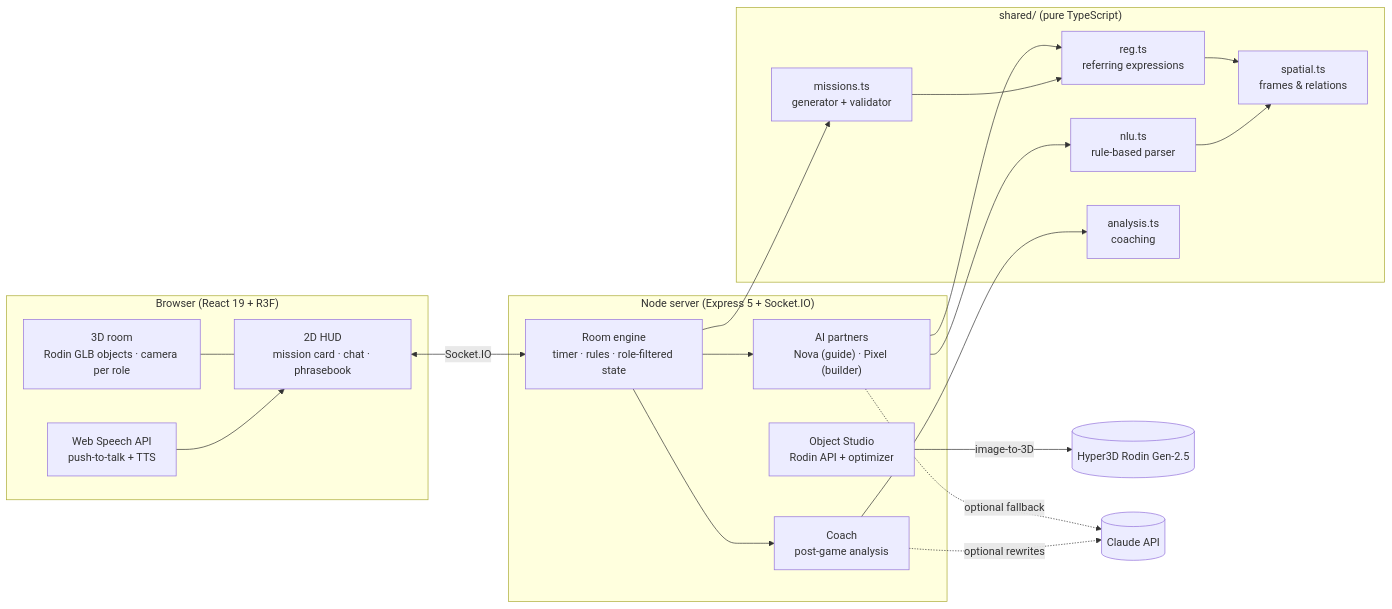
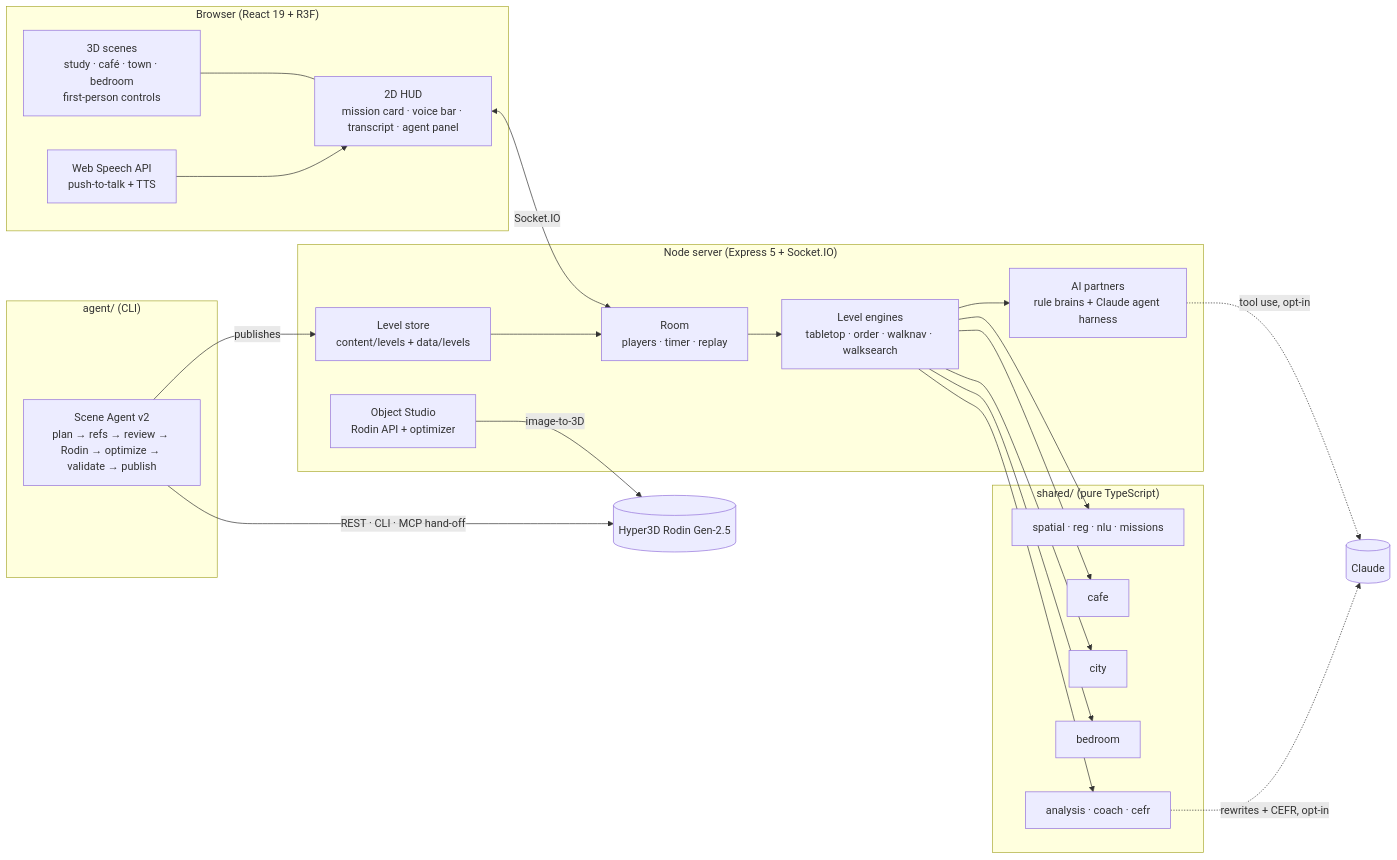
Before and after one commit to ZhangJiayan44/objecttalk: the diagram in docs/ARCHITECTURE.md, drawn with Mermaid. The commit also changed other lines of this file and 174 other files, not shown here.

````diff
--- a/docs/ARCHITECTURE.md
+++ b/docs/ARCHITECTURE.md
@@ -7,34 +7,36 @@
 ```mermaid
 flowchart LR
   subgraph Browser["Browser (React 19 + R3F)"]
-    UI["2D HUD<br/>mission card · chat · phrasebook"]
-    R3F["3D room<br/>Rodin GLB objects · camera per role"]
+    HUD["2D HUD<br/>mission card · voice bar · transcript · agent panel"]
+    R3F["3D scenes<br/>study · café · town · bedroom<br/>first-person controls"]
     STT["Web Speech API<br/>push-to-talk + TTS"]
   end
   subgraph Server["Node server (Express 5 + Socket.IO)"]
-    Room["Room engine<br/>timer · rules · role-filtered state"]
-    Bots["AI partners<br/>Nova (guide) · Pixel (builder)"]
-    Coach["Coach<br/>post-game analysis"]
+    Room["Room<br/>players · timer · replay"]
+    Engines["Level engines<br/>tabletop · order · walknav · walksearch"]
+    Bots["AI partners<br/>rule brains + Claude agent harness"]
     Studio["Object Studio<br/>Rodin API + optimizer"]
+    Levels["Level store<br/>content/levels + data/levels"]
   end
   subgraph Shared["shared/ (pure TypeScript)"]
-    Spatial["spatial.ts<br/>frames & relations"]
-    REG["reg.ts<br/>referring expressions"]
-    NLU["nlu.ts<br/>rule-based parser"]
-    Missions["missions.ts<br/>generator + validator"]
-    Analysis["analysis.ts<br/>coaching"]
+    Spatial["spatial · reg · nlu · missions"]
+    Cafe["cafe"]
+    City["city"]
+    Bedroom["bedroom"]
+    Coach["analysis · coach · cefr"]
   end
-  UI <-->|Socket.IO| Room
-  R3F --- UI
-  STT --> UI
-  Room --> Bots
-  Room --> Coach
-  Bots --> NLU & REG
-  Coach --> Analysis
-  Room --> Missions
-  Missions --> REG --> Spatial
-  NLU --> Spatial
+  subgraph Agent["agent/ (CLI)"]
+    SceneAgent["Scene Agent v2<br/>plan → refs → review → Rodin → optimize → validate → publish"]
+  end
+  HUD <-->|Socket.IO| Room
+  R3F --- HUD
+  STT --> HUD
+  Room --> Engines --> Bots
+  Engines --> Spatial & Cafe & City & Bedroom
+  Engines --> Coach
+  Bots -.->|tool use, opt-in| Claude[(Claude)]
+  Coach -.->|rewrites + CEFR, opt-in| Claude
   Studio -->|image-to-3D| Rodin[(Hyper3D Rodin Gen-2.5)]
-  Bots -.->|optional fallback| Claude[(Claude API)]
-  Coach -.->|optional rewrites| Claude
+  SceneAgent -->|REST · CLI · MCP hand-off| Rodin
+  SceneAgent -->|publishes| Levels --> Room
 ```
````
